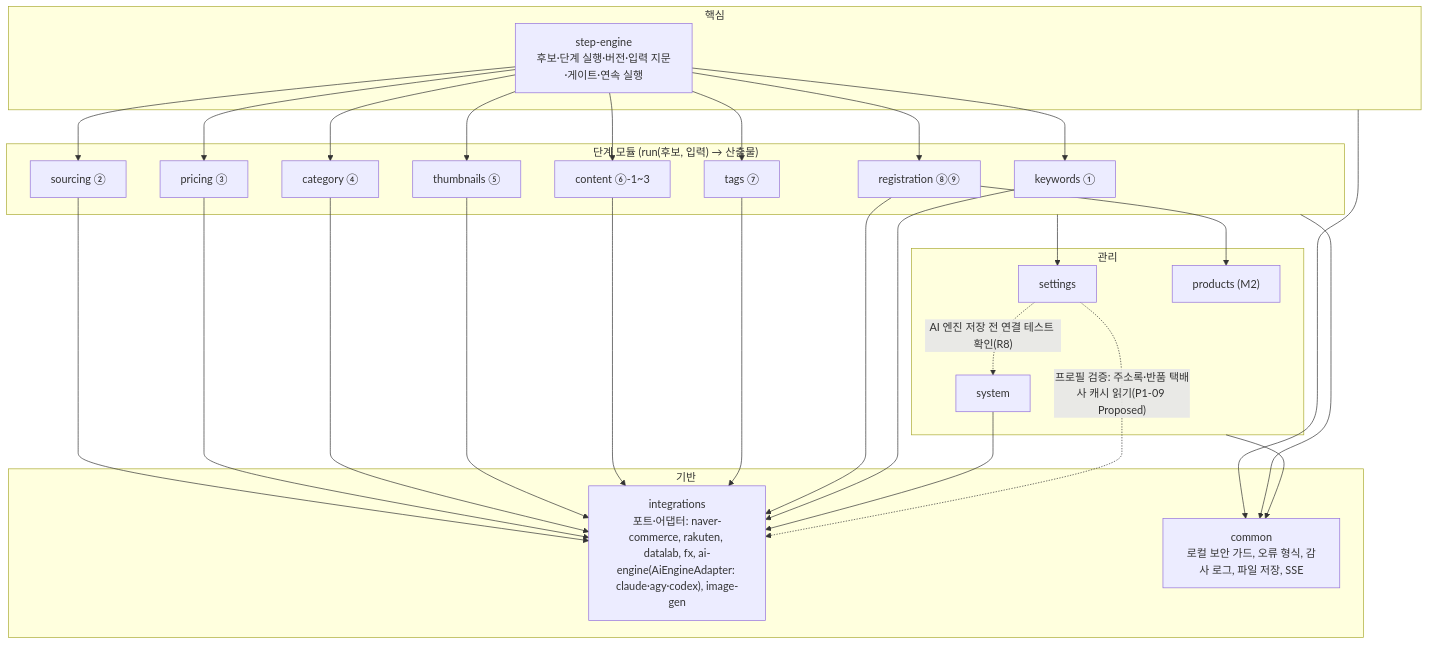
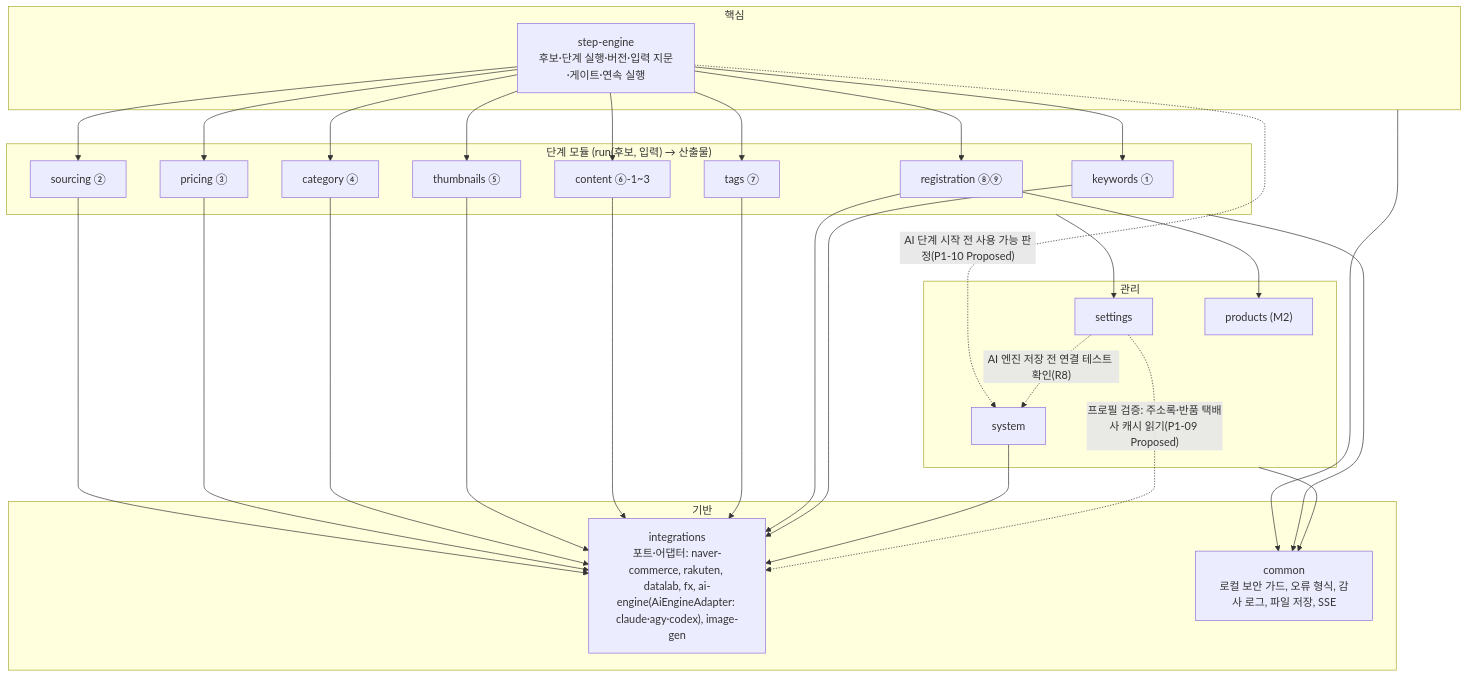
Before and after one commit to gogipa/authStore: the third of 3 diagrams in docs/dev/03_아키텍처/03-2_C4다이어그램.md, drawn with Mermaid. The commit also changed other lines of this file and 112 other files, not shown here.

````diff
--- a/docs/dev/03_아키텍처/03-2_C4다이어그램.md
+++ b/docs/dev/03_아키텍처/03-2_C4다이어그램.md
@@ -52,33 +52,34 @@
 ```mermaid
 flowchart TB
   subgraph core["핵심"]
     engine["step-engine<br/>후보·단계 실행·버전·입력 지문·게이트·연속 실행"]
   end
   subgraph steps["단계 모듈 (run(후보, 입력) → 산출물)"]
     kw["keywords ①"]
     so["sourcing ②"]
     pj["pricing ③"]
     ca["category ④"]
     th["thumbnails ⑤"]
     ct["content ⑥-1~3"]
     tg["tags ⑦"]
     rg["registration ⑧⑨"]
   end
   subgraph mgmt["관리"]
     pm["products (M2)"]
     st["settings"]
     sy["system"]
   end
   subgraph infra["기반"]
     integ["integrations<br/>포트·어댑터: naver-commerce, rakuten, datalab, fx, ai-engine(AiEngineAdapter: claude·agy·codex), image-gen"]
     common["common<br/>로컬 보안 가드, 오류 형식, 감사 로그, 파일 저장, SSE"]
   end
   engine --> kw & so & pj & ca & th & ct & tg & rg
   so & pj & ca & th & ct & tg & rg & kw --> integ
   steps --> st
   rg --> pm
   sy --> integ
+  engine -.->|"AI 단계 시작 전 사용 가능 판정(P1-10 Proposed)"| sy
   st -.->|"AI 엔진 저장 전 연결 테스트 확인(R8)"| sy
   st -.->|"프로필 검증: 주소록·반품 택배사 캐시 읽기(P1-09 Proposed)"| integ
   core & steps & mgmt --> common
 ```
````
